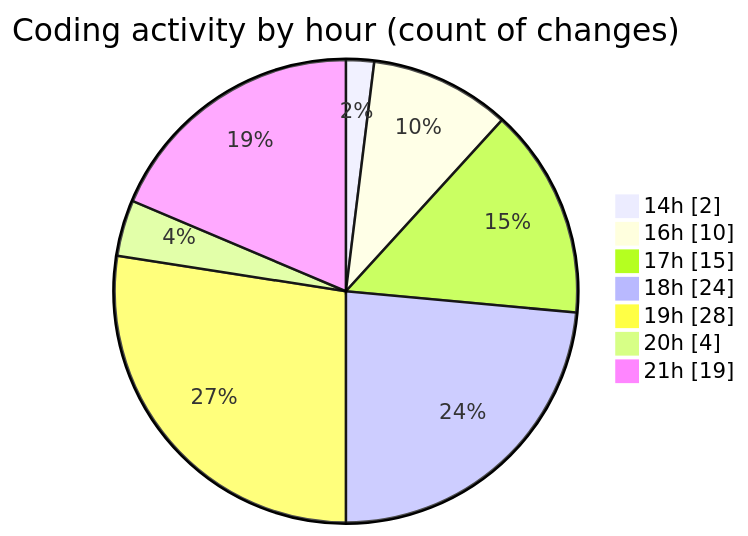
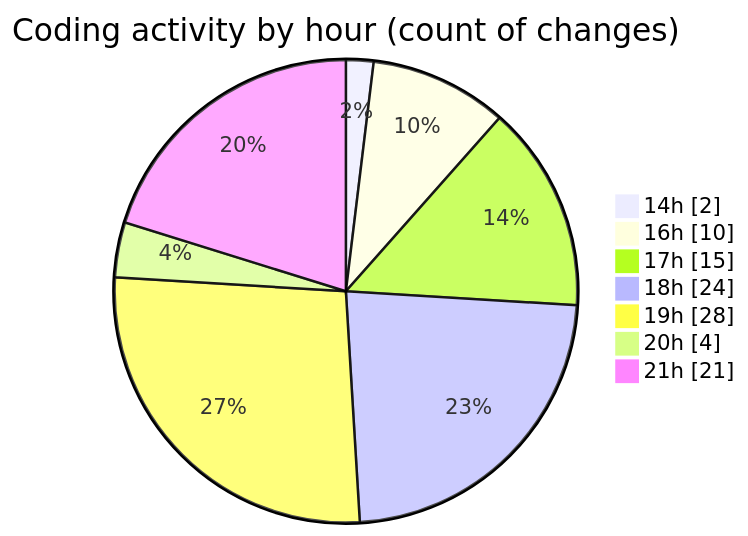
One commit to Ritupan-Deka/code-tracking changed the second of 2 diagrams in 2025-06-18/scopesketch-app/README.md. Above: the diagram before and after it, drawn with Mermaid. The commit also changed other lines of this file and 1 other file, not shown here.

````diff
--- a/2025-06-18/scopesketch-app/README.md
+++ b/2025-06-18/scopesketch-app/README.md
@@ -45,11 +45,11 @@
 ```mermaid
 pie showData
 title Coding activity by hour (count of changes)
 "14h" : 2
 "16h" : 10
 "17h" : 15
 "18h" : 24
 "19h" : 28
 "20h" : 4
-"21h" : 19
+"21h" : 21
 ```
````
